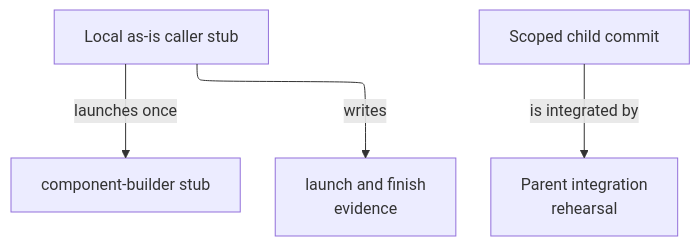
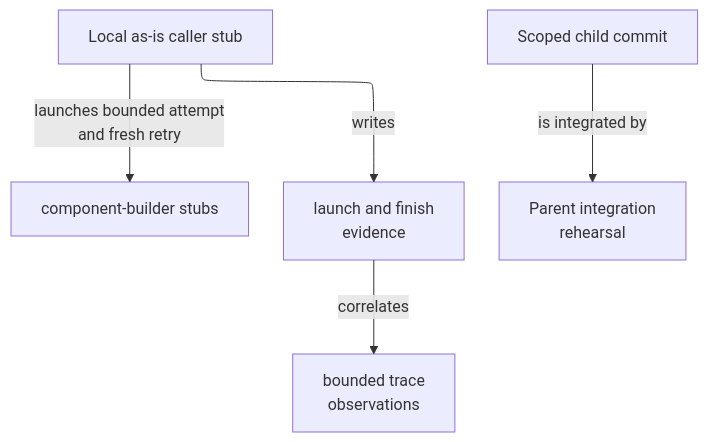
The diagram in validation-fixtures/dummy-delegation/as-is.md (abstract-business-systems/as-is), drawn with Mermaid before and after one commit. The commit also changed other lines of this file and 8 other files, not shown here.

````diff
--- a/validation-fixtures/dummy-delegation/as-is.md
+++ b/validation-fixtures/dummy-delegation/as-is.md
@@ -17,10 +17,11 @@
 ```mermaid
 ---
 config:
   layout: elk
 ---
 flowchart TB
-    Caller["Local as-is caller stub"] -->|launches once| Builder["component-builder stub"]
+    Caller["Local as-is caller stub"] -->|launches bounded attempt<br/>and fresh retry| Builder["component-builder stubs"]
     Caller -->|writes| Registry["launch and finish<br/>evidence"]
+    Registry -->|correlates| Trace["bounded trace<br/>observations"]
     ChildCommit["Scoped child commit"] -->|is integrated by| Parent["Parent integration<br/>rehearsal"]
 ```
````
